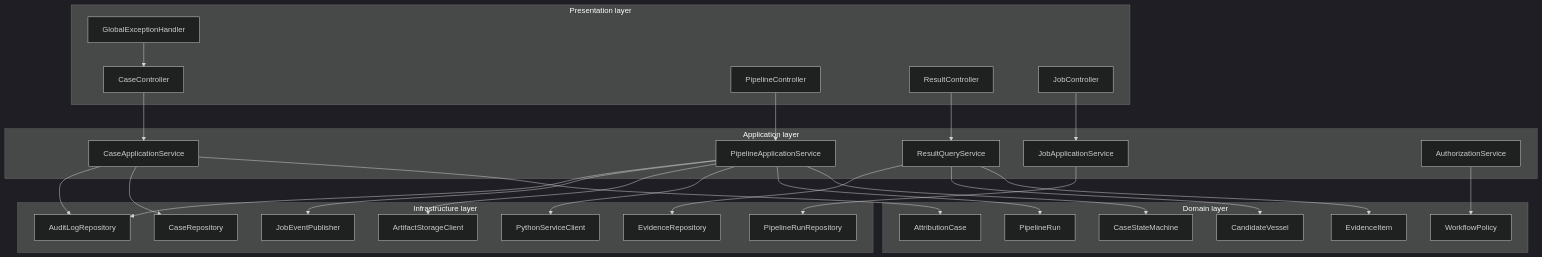
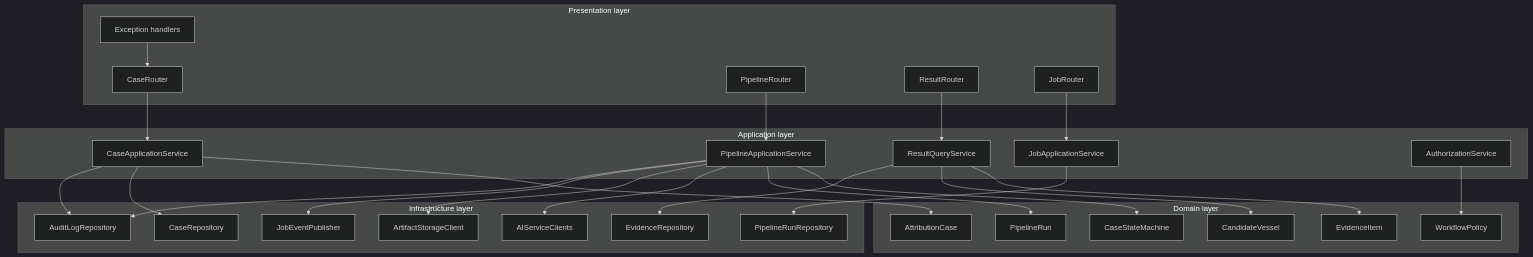
The tenth of 25 diagrams in ai-ml-maritime-oil-spill-architecture.md (ankushkumar14092-dot/sih-architecture), drawn with Mermaid (dark theme) before and after one commit. The commit also changed other lines of this file and 1 other file, not shown here.

Commit message:
Document FastAPI architecture and implementation plan

````diff
--- a/ai-ml-maritime-oil-spill-architecture.md
+++ b/ai-ml-maritime-oil-spill-architecture.md
@@ -626,57 +626,57 @@
 ```mermaid
 flowchart TB
     subgraph PRESENTATION["Presentation layer"]
-        CASECTRL["CaseController"]
-        PIPECTRL["PipelineController"]
-        RESULTCTRL["ResultController"]
-        JOBCONTROL["JobController"]
-        EXHANDLER["GlobalExceptionHandler"]
+        CASECTRL["CaseRouter"]
+        PIPECTRL["PipelineRouter"]
+        RESULTCTRL["ResultRouter"]
+        JOBCONTROL["JobRouter"]
+        EXHANDLER["Exception handlers"]
     end
 
     subgraph APPLICATION["Application layer"]
         CASEAPP["CaseApplicationService"]
         PIPEAPP["PipelineApplicationService"]
         RESULTAPP["ResultQueryService"]
         JOBAPP["JobApplicationService"]
         AUTHAPP["AuthorizationService"]
     end
 
     subgraph DOMAIN["Domain layer"]
         CASEDOMAIN["AttributionCase"]
         STATEDOMAIN["CaseStateMachine"]
         RUN["PipelineRun"]
         EVIDENCE["EvidenceItem"]
         CANDIDATE["CandidateVessel"]
         POLICY["WorkflowPolicy"]
     end
 
     subgraph INFRA["Infrastructure layer"]
         CASEREPO["CaseRepository"]
         RUNREPO["PipelineRunRepository"]
         EVIDENCEREPO["EvidenceRepository"]
-        PYCLIENT["PythonServiceClient"]
+        PYCLIENT["AIServiceClients"]
         STORAGE["ArtifactStorageClient"]
         EVENTBUS["JobEventPublisher"]
         AUDIT["AuditLogRepository"]
     end
 
     CASECTRL --> CASEAPP
     PIPECTRL --> PIPEAPP
     RESULTCTRL --> RESULTAPP
     JOBCONTROL --> JOBAPP
     EXHANDLER --> CASECTRL
     CASEAPP --> CASEDOMAIN
     CASEAPP --> CASEREPO
     PIPEAPP --> STATEDOMAIN
     PIPEAPP --> RUN
     PIPEAPP --> PYCLIENT
     PIPEAPP --> STORAGE
     PIPEAPP --> EVENTBUS
     RESULTAPP --> EVIDENCE
     RESULTAPP --> CANDIDATE
     RESULTAPP --> EVIDENCEREPO
     JOBAPP --> RUNREPO
     AUTHAPP --> POLICY
     CASEAPP --> AUDIT
     PIPEAPP --> AUDIT
 ```
````
